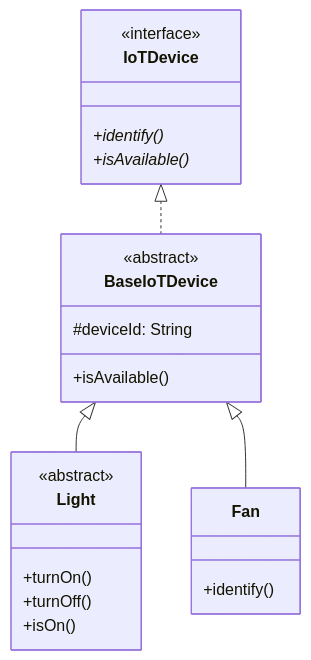
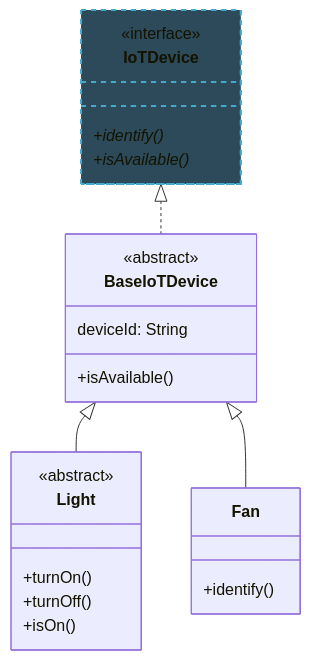
One commit to neu-pdi/cs3100-public-resources changed the seventh of 22 diagrams in lecture-slides-spertus/l2-inheritance-polymorphism.mdx. Above: the diagram before and after it, drawn with Mermaid. The commit also changed other lines of this file and 4 other files, not shown here.

````diff
--- a/lecture-slides-spertus/l2-inheritance-polymorphism.mdx
+++ b/lecture-slides-spertus/l2-inheritance-polymorphism.mdx
@@ -280,25 +584,26 @@
 ```mermaid
 classDiagram
     class IoTDevice {
         <<interface>>
         +identify()*
         +isAvailable()*
     }
     class BaseIoTDevice {
         <<abstract>>
-        #deviceId: String
+        deviceId: String
         +isAvailable()
     }
     class Light {
         <<abstract>>
         +turnOn()
         +turnOff()
         +isOn()
     }
     class Fan {
         +identify()
     }
     IoTDevice <|.. BaseIoTDevice
     BaseIoTDevice <|-- Light
     BaseIoTDevice <|-- Fan
+    style IoTDevice fill:#2d4a5a,stroke:#4ac,stroke-width:2px,stroke-dasharray: 5 5
 ```
````
